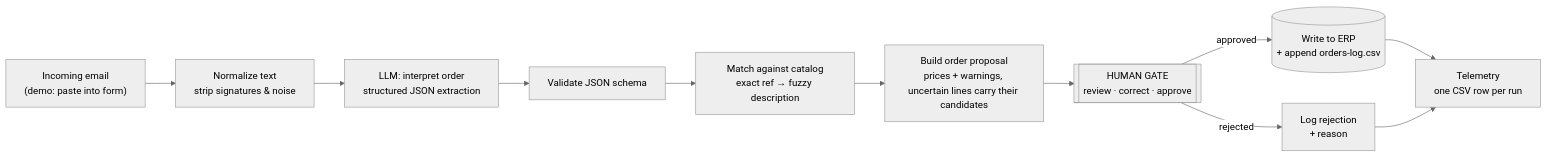
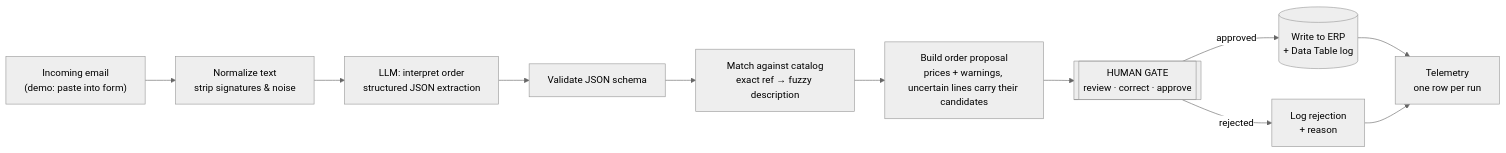
One commit to DavidGP-ADA/email-to-order-ai-demo changed the diagram in docs/architecture.md. Above: the diagram before and after it, drawn with Mermaid (neutral theme). The commit also changed other lines of this file and 4 other files, not shown here.

````diff
--- a/docs/architecture.md
+++ b/docs/architecture.md
@@ -3,13 +3,13 @@
 ```mermaid
 flowchart LR
     A["Incoming email<br/>(demo: paste into form)"] --> B["Normalize text<br/>strip signatures & noise"]
     B --> C["LLM: interpret order<br/>structured JSON extraction"]
     C --> D["Validate JSON schema"]
     D --> E["Match against catalog<br/>exact ref → fuzzy description"]
     E --> G["Build order proposal<br/>prices + warnings, uncertain lines carry their candidates"]
     G --> H[["HUMAN GATE<br/>review · correct · approve"]]
-    H -- approved --> I[("Write to ERP<br/>+ append orders-log.csv")]
+    H -- approved --> I[("Write to ERP<br/>+ Data Table log")]
     H -- rejected --> J["Log rejection<br/>+ reason"]
-    I --> K["Telemetry<br/>one CSV row per run"]
+    I --> K["Telemetry<br/>one row per run"]
     J --> K
 ```
````
